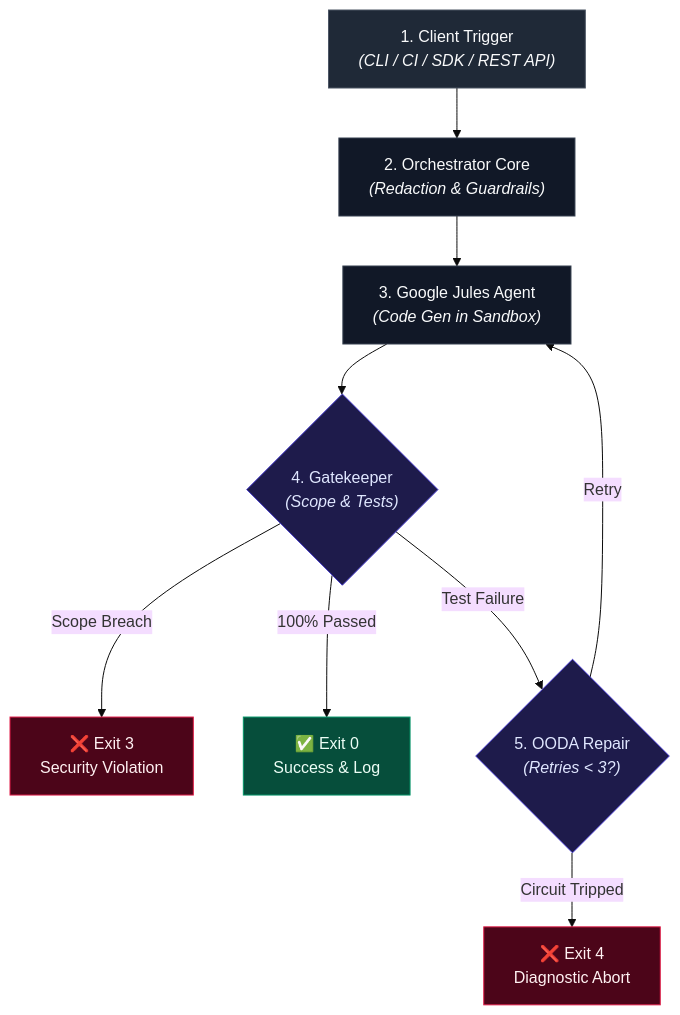
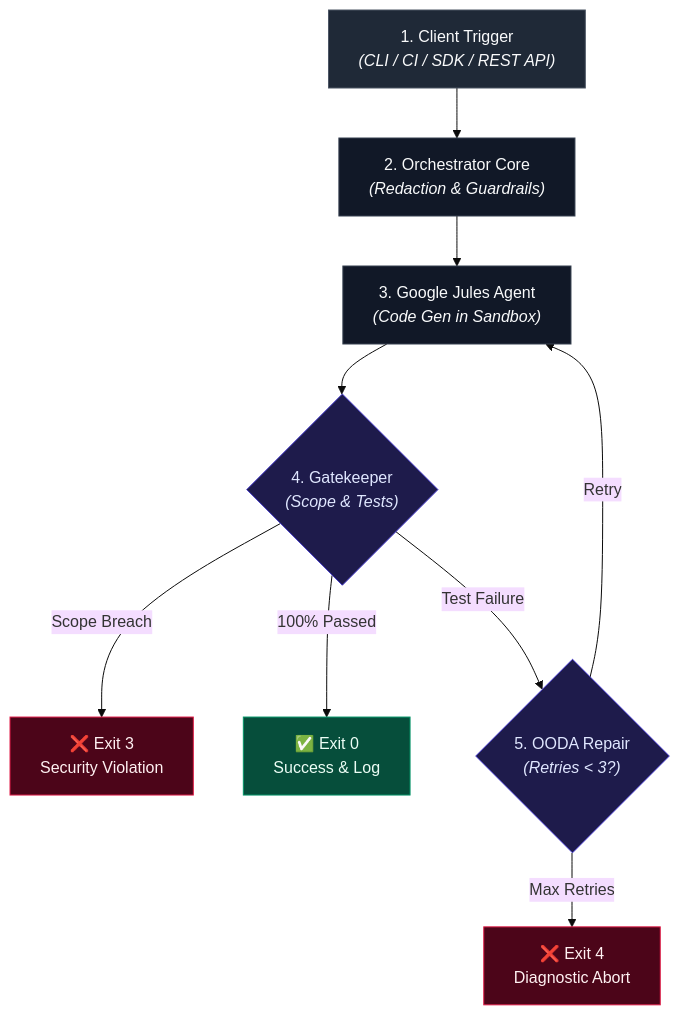
Before and after one commit to FullThrottle83/jules-orchestrator-kit: the second of 3 diagrams in README.md, drawn with Mermaid (base theme). The commit also changed other lines of this file and 6 other files, not shown here.

````diff
--- a/README.md
+++ b/README.md
@@ -89,19 +89,19 @@
 ```mermaid
 graph TD
     classDef start fill:#1f2937,stroke:#4b5563,color:#f9fafb;
     classDef core fill:#111827,stroke:#374151,color:#f9fafb;
     classDef gate fill:#1e1b4b,stroke:#4338ca,color:#e0e7ff;
     classDef success fill:#064e3b,stroke:#059669,color:#ecfdf5;
     classDef error fill:#4c0519,stroke:#e11d48,color:#fff1f2;
 
     A["1. Client Trigger<br/><i>(CLI / CI / SDK / REST API)</i>"]:::start --> B["2. Orchestrator Core<br/><i>(Redaction & Guardrails)</i>"]:::core
     B --> C["3. Google Jules Agent<br/><i>(Code Gen in Sandbox)</i>"]:::core
     C --> D{"4. Gatekeeper<br/><i>(Scope & Tests)</i>"}:::gate
     
     D -->|Scope Breach| E["❌ Exit 3<br/>Security Violation"]:::error
     D -->|100% Passed| F["✅ Exit 0<br/>Success & Log"]:::success
     D -->|Test Failure| G{"5. OODA Repair<br/><i>(Retries < 3?)</i>"}:::gate
     
     G -->|Retry| C
-    G -->|Circuit Tripped| H["❌ Exit 4<br/>Diagnostic Abort"]:::error
+    G -->|Max Retries| H["❌ Exit 4<br/>Diagnostic Abort"]:::error
 ```
````
